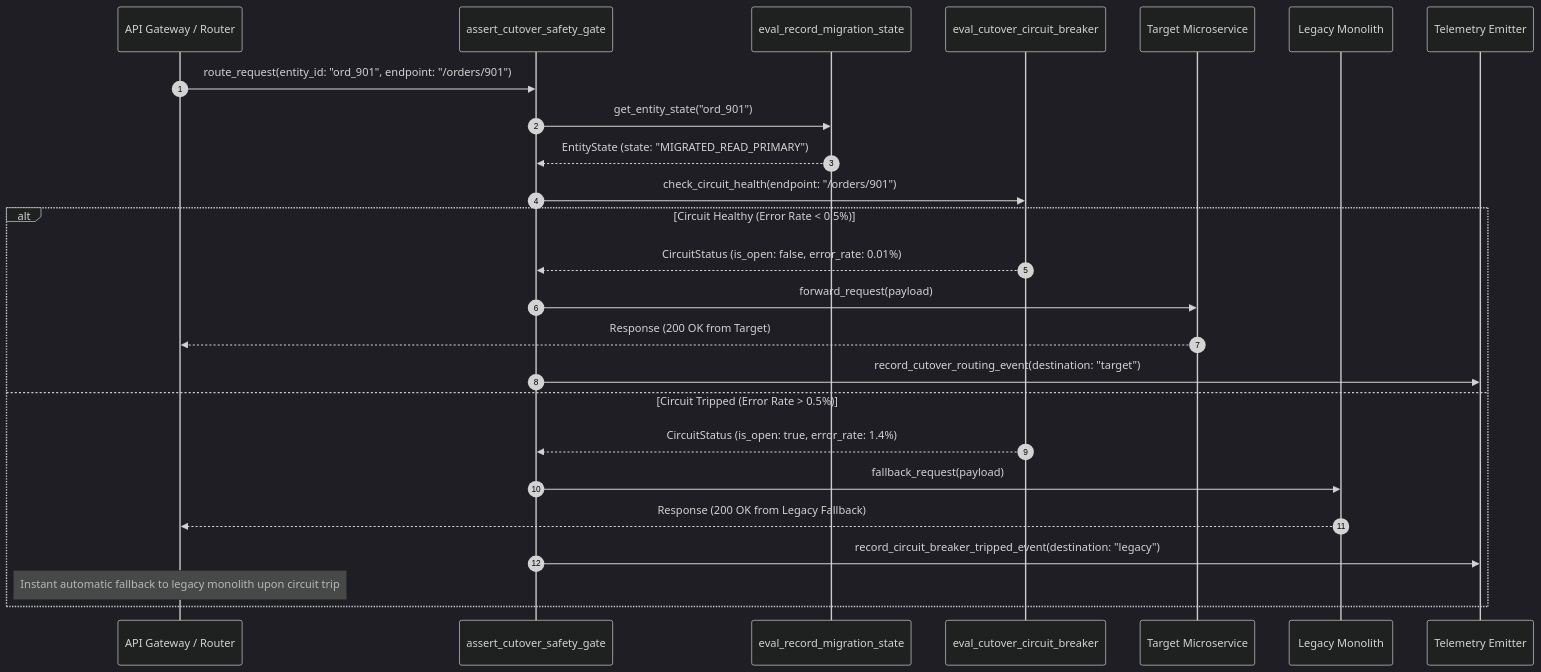
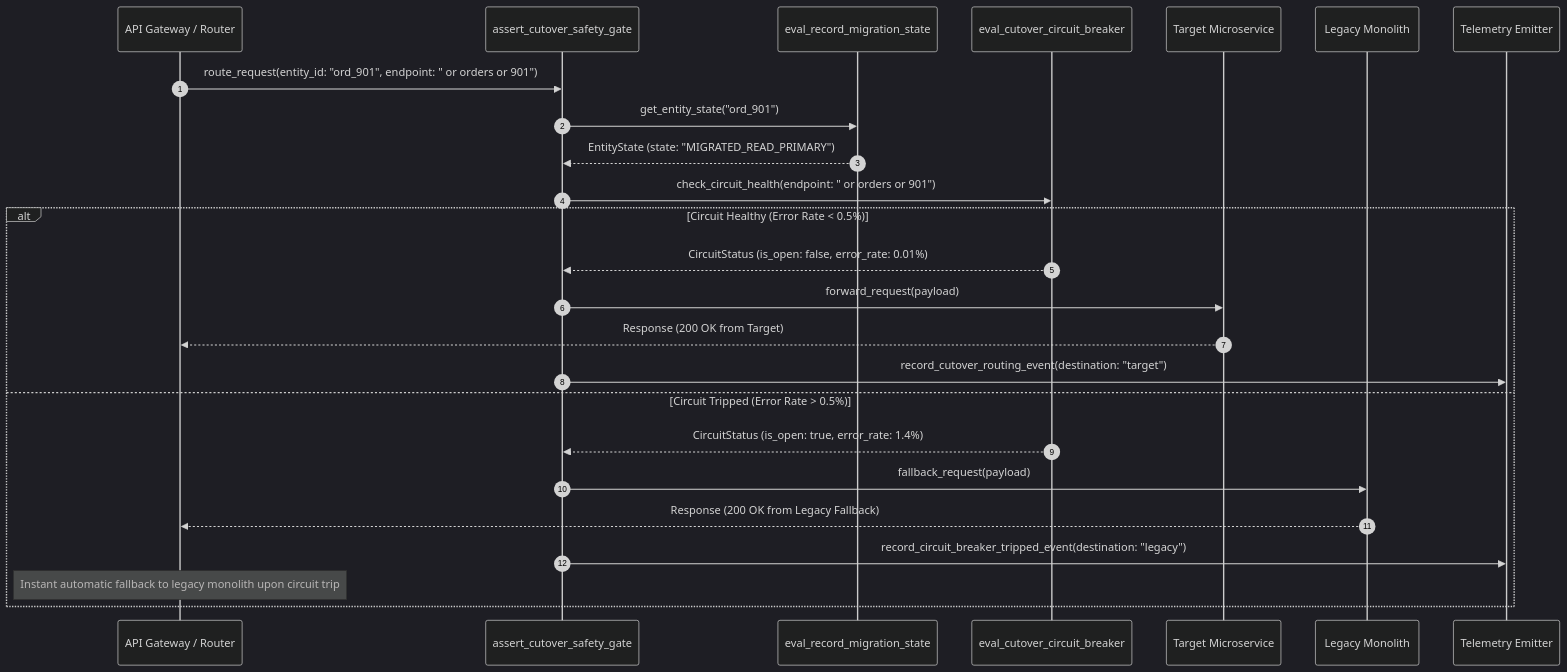
The second of 2 diagrams in notebooks/runbooks/refs/10-core-patterns-and-cutover/traffic-cutover-state-machine-gate.md (Chief-Strategist-J/llm-observability-platform), drawn with Mermaid (dark theme) before and after one commit. The commit also changed 35 other files, not shown here.

Commit message:
fix(docs): resolve sequence diagram message label syntax errors across runbook suite

````diff
--- a/notebooks/runbooks/refs/10-core-patterns-and-cutover/traffic-cutover-state-machine-gate.md
+++ b/notebooks/runbooks/refs/10-core-patterns-and-cutover/traffic-cutover-state-machine-gate.md
@@ -60,31 +60,31 @@
 ```mermaid
 sequenceDiagram
     autonumber
     participant Gateway as API Gateway / Router
     participant Guard as assert_cutover_safety_gate
     participant StateMachine as eval_record_migration_state
     participant Circuit as eval_cutover_circuit_breaker
     participant TargetSvc as Target Microservice
     participant LegacySvc as Legacy Monolith
     participant Audit as Telemetry Emitter
 
-    Gateway->>Guard: route_request(entity_id: "ord_901", endpoint: "/orders/901")
+    Gateway->>Guard: route_request(entity_id: "ord_901", endpoint: " or orders or 901")
     
     Guard->>StateMachine: get_entity_state("ord_901")
     StateMachine-->>Guard: EntityState (state: "MIGRATED_READ_PRIMARY")
 
-    Guard->>Circuit: check_circuit_health(endpoint: "/orders/901")
+    Guard->>Circuit: check_circuit_health(endpoint: " or orders or 901")
     
     alt Circuit Healthy (Error Rate < 0.5%)
         Circuit-->>Guard: CircuitStatus (is_open: false, error_rate: 0.01%)
         Guard->>TargetSvc: forward_request(payload)
         TargetSvc-->>Gateway: Response (200 OK from Target)
         Guard->>Audit: record_cutover_routing_event(destination: "target")
     else Circuit Tripped (Error Rate > 0.5%)
         Circuit-->>Guard: CircuitStatus (is_open: true, error_rate: 1.4%)
         Guard->>LegacySvc: fallback_request(payload)
         LegacySvc-->>Gateway: Response (200 OK from Legacy Fallback)
         Guard->>Audit: record_circuit_breaker_tripped_event(destination: "legacy")
         Note over Gateway: Instant automatic fallback to legacy monolith upon circuit trip
     end
 ```
````
